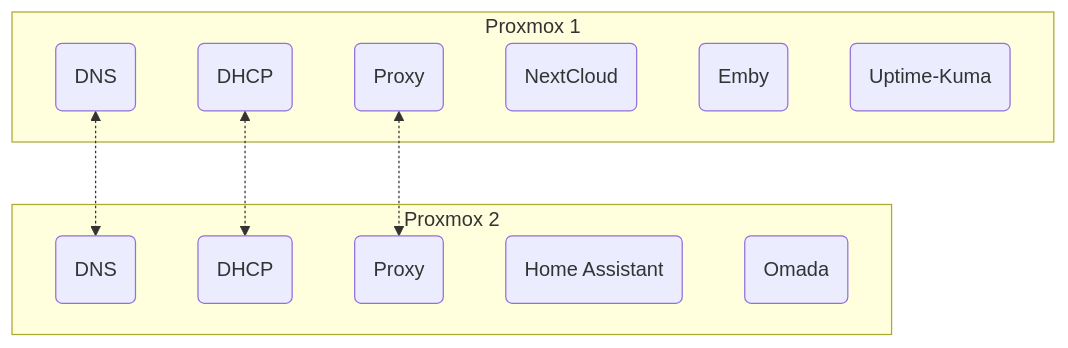
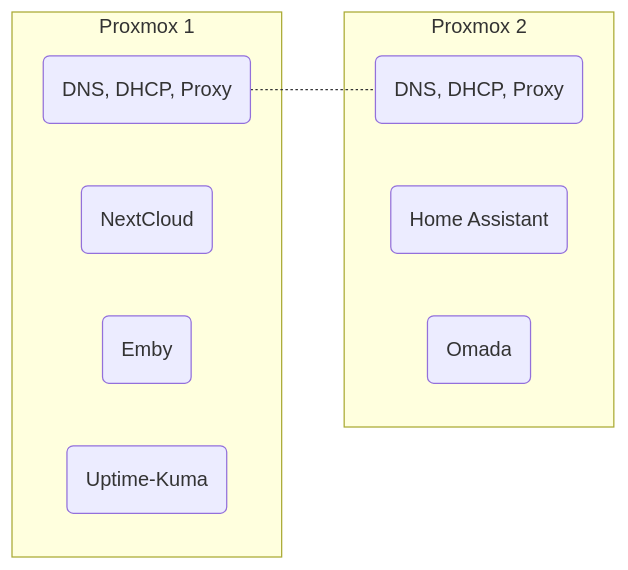
The third of 3 diagrams in _projects/homelab-2026.md (Livingdead1989/livingdead1989.github.io), drawn with Mermaid before and after one commit. The commit also changed other lines of this file and 1 other file, not shown here.

```diff
--- a/_projects/homelab-2026.md
+++ b/_projects/homelab-2026.md
@@ -302,24 +378,18 @@
 <div class="mermaid">
-flowchart
+flowchart LR
   subgraph c1[Proxmox 1]
-    dns1(DNS)
-    dhcp1(DHCP)
-    proxy1(Proxy)
+    service1(DNS, DHCP, Proxy)
     nc(NextCloud)
     emby(Emby)
     uptime(Uptime-Kuma)
   end
 
   subgraph c2[Proxmox 2]
-    dns2(DNS)
-    dhcp2(DHCP)
-    proxy2(Proxy)
+    service2(DNS, DHCP, Proxy)
     ha(Home Assistant)
     omada(Omada)
   end
 
-  proxy1 <-.-> proxy2
-  dns1 <-.-> dns2
-  dhcp1 <-.-> dhcp2
+  service1 -.- service2
 
 </div>
```
